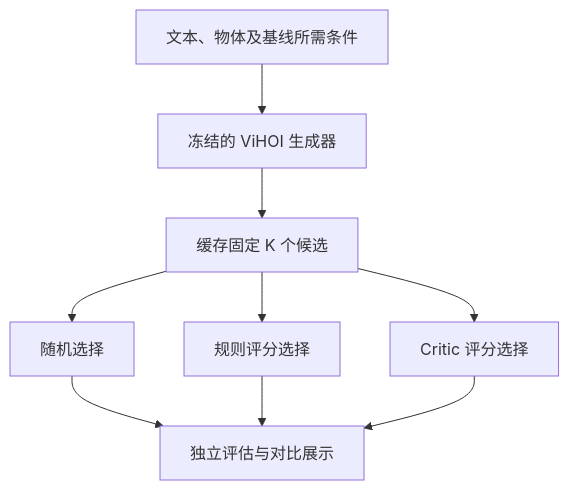
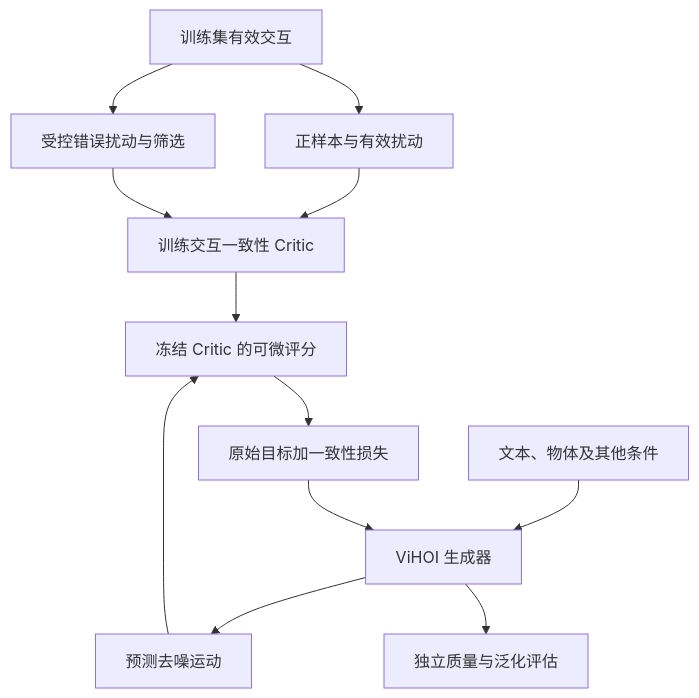
Before and after one commit to Davidyangneymar/3DHOI: the diagram in README.md, drawn with Mermaid. The commit also changed other lines of this file, not shown here.

````diff
--- a/README.md
+++ b/README.md
@@ -57,11 +43,14 @@
 ```mermaid
 flowchart TD
-    A[文本、物体及基线所需条件] --> B[冻结的 ViHOI 生成器]
-    B --> C[缓存固定 K 个候选]
-    C --> D[随机选择]
-    C --> E[规则评分选择]
-    C --> F[Critic 评分选择]
-    D --> G[独立评估与对比展示]
-    E --> G
-    F --> G
+    A[训练集有效交互] --> B[正样本与有效扰动]
+    A --> C[受控错误扰动与筛选]
+    B --> D[训练交互一致性 Critic]
+    C --> D
+    E[文本、物体及其他条件] --> F[ViHOI 生成器]
+    F --> G[预测去噪运动]
+    D --> H[冻结 Critic 的可微评分]
+    G --> H
+    H --> I[原始目标加一致性损失]
+    I --> F
+    F --> J[独立质量与泛化评估]
 ```
````
